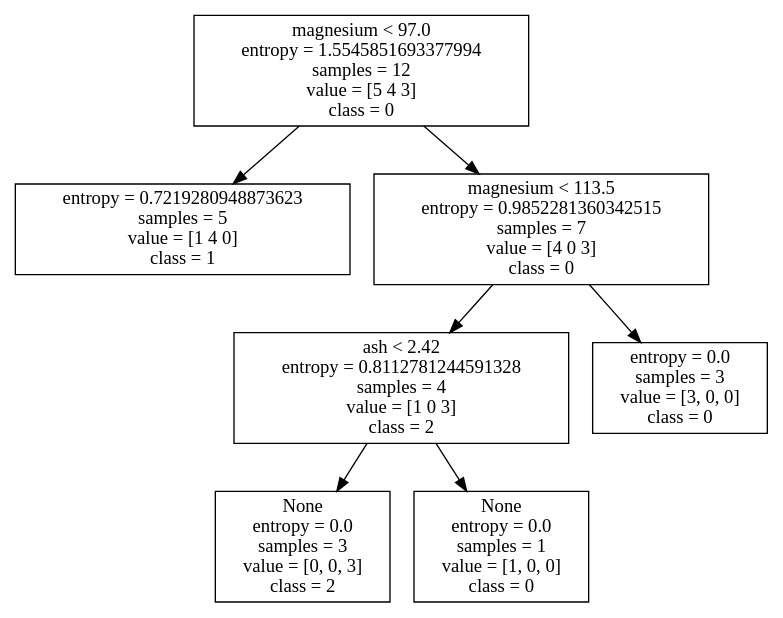
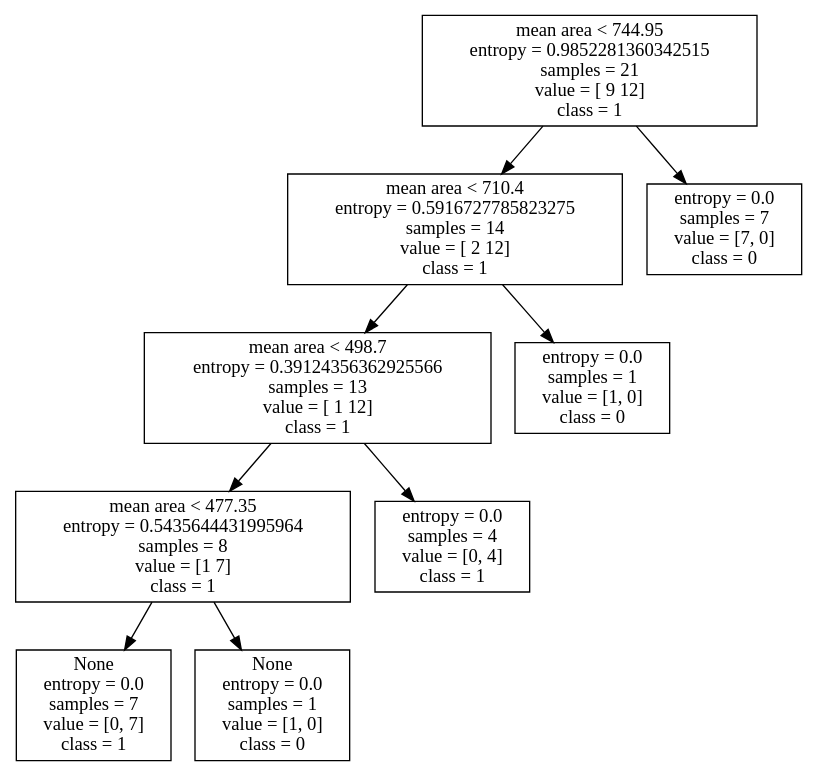
Before and after one commit to gomljo/DecisionTreeForPaper: the diagram in result/my log file/_result4.dot, drawn with Graphviz. The commit also changed 38 other files, not shown here.

Commit message:
change empty node to None

```diff
--- a/result/my log file/_result4.dot
+++ b/result/my log file/_result4.dot
@@ -1,21 +1,27 @@
 digraph Tree {
-node [shape=box] ;0[label="magnesium < 97.0\nentropy = 1.5545851693377994\nsamples = 12\nvalue = [5 4 3]\nclass = 0"] ;
-1[label="entropy = 0.7219280948873623\nsamples = 5\nvalue = [1 4 0]\nclass = 1"] ;
+node [shape=box] ;0[label="mean area < 744.95\nentropy = 0.9852281360342515\nsamples = 21\nvalue = [ 9 12]\nclass = 1"] ;
+1[label="mean area < 710.4\nentropy = 0.5916727785823275\nsamples = 14\nvalue = [ 2 12]\nclass = 1"] ;
 0 -> 1 ;
 
-2[label="magnesium < 113.5\nentropy = 0.9852281360342515\nsamples = 7\nvalue = [4 0 3]\nclass = 0"] ;
-0 -> 2 ;
+2[label="mean area < 498.7\nentropy = 0.39124356362925566\nsamples = 13\nvalue = [ 1 12]\nclass = 1"] ;
+1 -> 2 ;
 
-3[label="ash < 2.42\nentropy = 0.8112781244591328\nsamples = 4\nvalue = [1 0 3]\nclass = 2"] ;
+3[label="mean area < 477.35\nentropy = 0.5435644431995964\nsamples = 8\nvalue = [1 7]\nclass = 1"] ;
 2 -> 3 ;
 
-4[label="None\nentropy = 0.0\nsamples = 3\nvalue = [0, 0, 3]\nclass = 2"] ;
+4[label="None\nentropy = 0.0\nsamples = 7\nvalue = [0, 7]\nclass = 1"] ;
 3 -> 4 ;
 
-5[label="None\nentropy = 0.0\nsamples = 1\nvalue = [1, 0, 0]\nclass = 0"] ;
+5[label="None\nentropy = 0.0\nsamples = 1\nvalue = [1, 0]\nclass = 0"] ;
 3 -> 5 ;
 
-6[label="entropy = 0.0\nsamples = 3\nvalue = [3, 0, 0]\nclass = 0"] ;
+6[label="entropy = 0.0\nsamples = 4\nvalue = [0, 4]\nclass = 1"] ;
 2 -> 6 ;
 
+7[label="entropy = 0.0\nsamples = 1\nvalue = [1, 0]\nclass = 0"] ;
+1 -> 7 ;
+
+8[label="entropy = 0.0\nsamples = 7\nvalue = [7, 0]\nclass = 0"] ;
+0 -> 8 ;
+
 }
```
